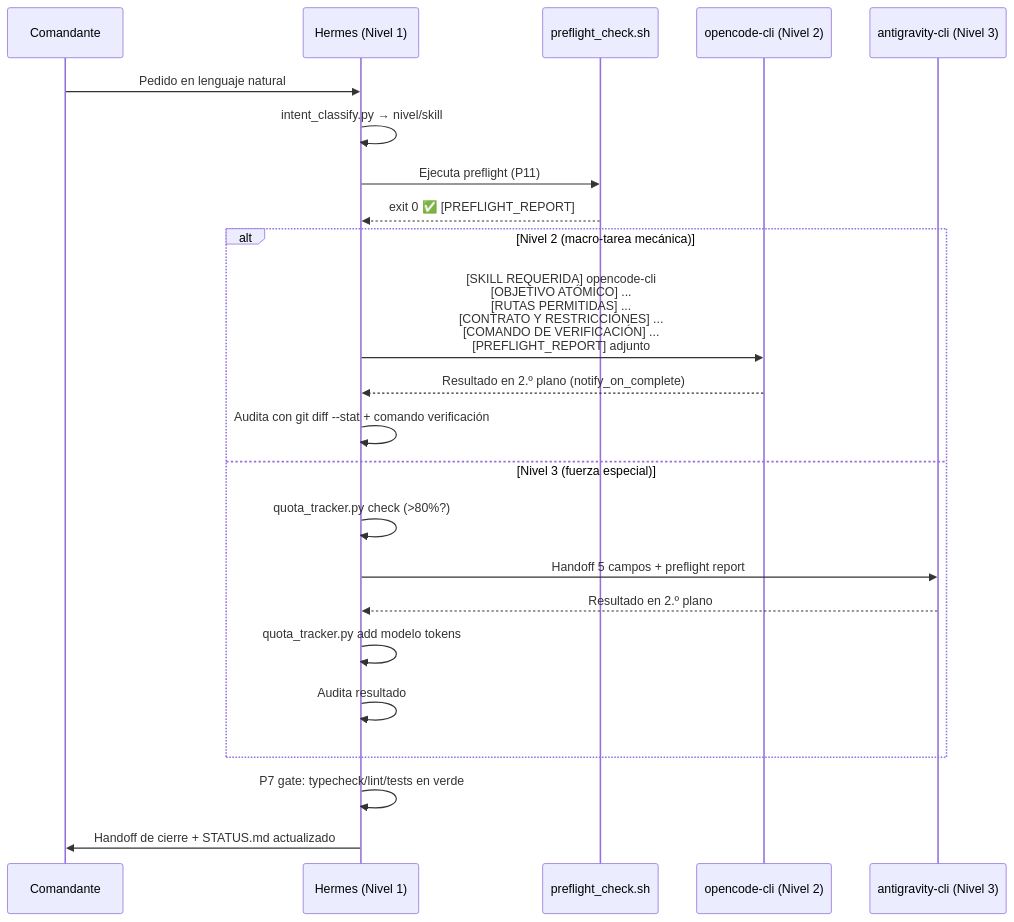
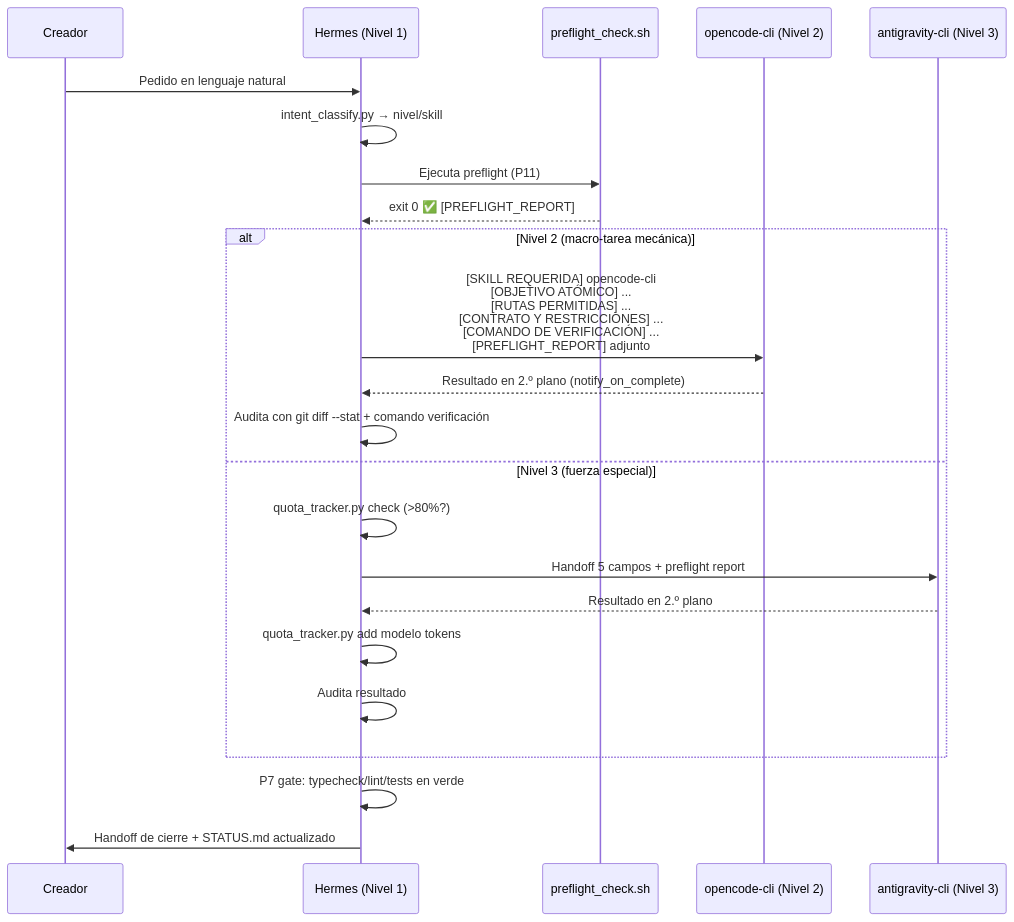
One commit to c-ghost-project/c-ghost-brain changed the third of 4 diagrams in adapters/hermes/skills/c-ghost-seed/docs/FLUJO_TRABAJO_v2.1.md. Above: the diagram before and after it, drawn with Mermaid. The commit also changed other lines of this file and 10 other files, not shown here.

Commit message:
docs(terminology): standardize "El Creador" across manuals, Mermaid diagrams & re-render flujo_cghost_v21 PNG/PDF

````diff
--- a/adapters/hermes/skills/c-ghost-seed/docs/FLUJO_TRABAJO_v2.1.md
+++ b/adapters/hermes/skills/c-ghost-seed/docs/FLUJO_TRABAJO_v2.1.md
@@ -73,26 +73,26 @@
 ```mermaid
 sequenceDiagram
-    participant C as Comandante
+    participant C as Creador
     participant H as Hermes (Nivel 1)
     participant PF as preflight_check.sh
     participant OC as opencode-cli (Nivel 2)
     participant AG as antigravity-cli (Nivel 3)
 
     C->>H: Pedido en lenguaje natural
     H->>H: intent_classify.py → nivel/skill
     H->>PF: Ejecuta preflight (P11)
     PF-->>H: exit 0 ✅ [PREFLIGHT_REPORT]
     alt Nivel 2 (macro-tarea mecánica)
         H->>OC: [SKILL REQUERIDA] opencode-cli<br/>[OBJETIVO ATÓMICO] ...<br/>[RUTAS PERMITIDAS] ...<br/>[CONTRATO Y RESTRICCIONES] ...<br/>[COMANDO DE VERIFICACIÓN] ...<br/>[PREFLIGHT_REPORT] adjunto
         OC-->>H: Resultado en 2.º plano (notify_on_complete)
         H->>H: Audita con git diff --stat + comando verificación
     else Nivel 3 (fuerza especial)
         H->>H: quota_tracker.py check (>80%?)
         H->>AG: Handoff 5 campos + preflight report
         AG-->>H: Resultado en 2.º plano
         H->>H: quota_tracker.py add modelo tokens
         H->>H: Audita resultado
     end
     H->>H: P7 gate: typecheck/lint/tests en verde
     H->>C: Handoff de cierre + STATUS.md actualizado
 ```
````
